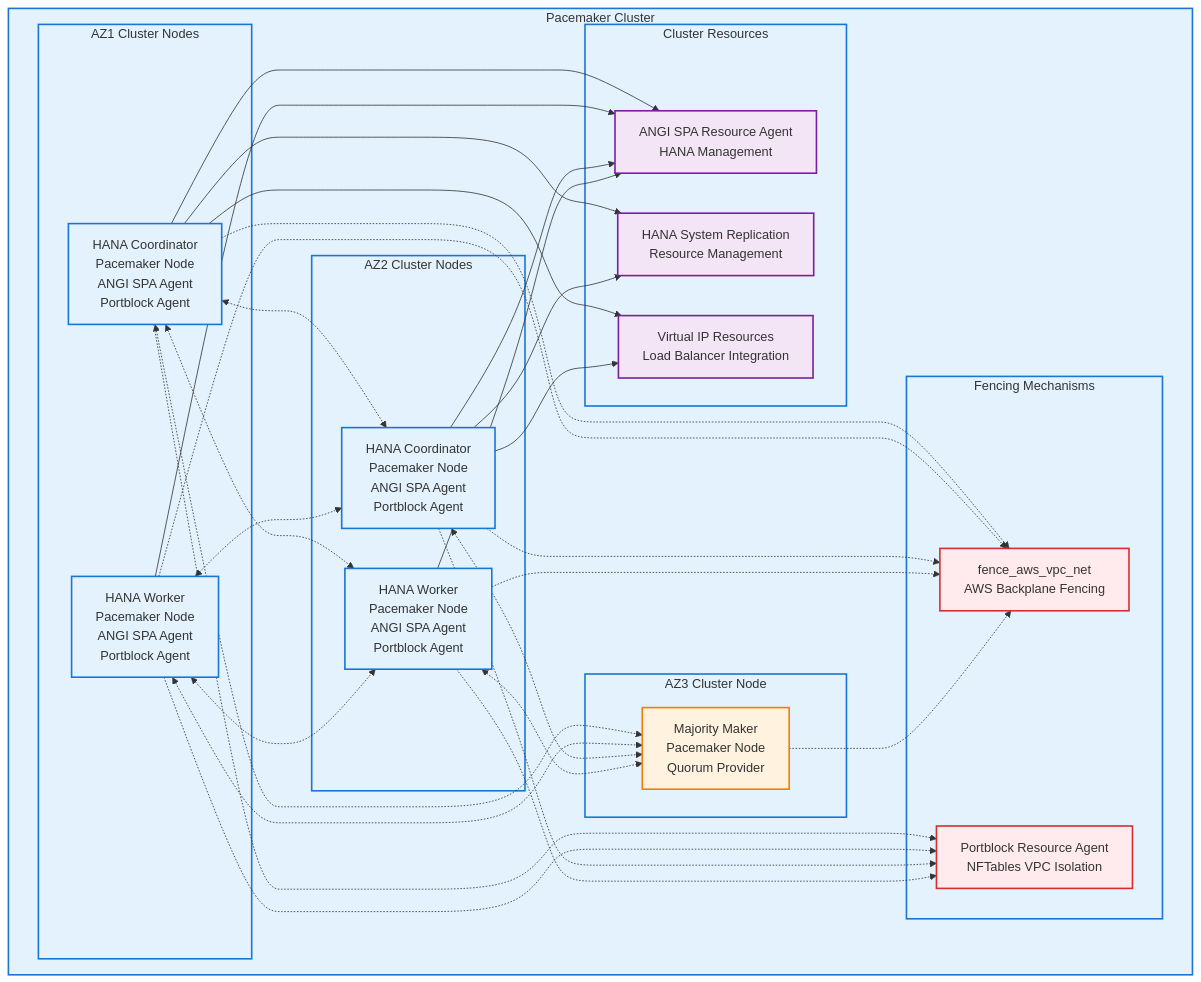
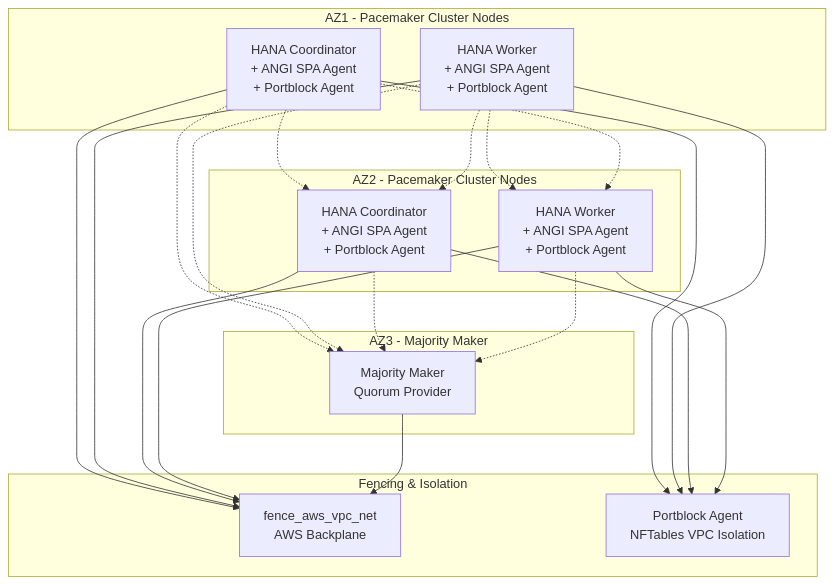
The second of 2 diagrams in README.md (robbybrodie/s4hanascaleout), drawn with Mermaid before and after one commit.

Commit message:
updates to pacemaker cluster diagram

````diff
--- a/README.md
+++ b/README.md
@@ -168,77 +168,46 @@
 ```mermaid
-flowchart TB
-    subgraph CLUSTER["Pacemaker Cluster"]
-        subgraph AZ1_CLUSTER["AZ1 Cluster Nodes"]
-            COORD1_PCM["HANA Coordinator<br/>Pacemaker Node<br/>ANGI SPA Agent<br/>Portblock Agent"]
-            WORKER1_PCM["HANA Worker<br/>Pacemaker Node<br/>ANGI SPA Agent<br/>Portblock Agent"]
-        end
-        
-        subgraph AZ2_CLUSTER["AZ2 Cluster Nodes"]
-            COORD2_PCM["HANA Coordinator<br/>Pacemaker Node<br/>ANGI SPA Agent<br/>Portblock Agent"]
-            WORKER2_PCM["HANA Worker<br/>Pacemaker Node<br/>ANGI SPA Agent<br/>Portblock Agent"]
-        end
-        
-        subgraph AZ3_CLUSTER["AZ3 Cluster Node"]
-            MAJORITY_PCM["Majority Maker<br/>Pacemaker Node<br/>Quorum Provider"]
-        end
-        
-        subgraph FENCING["Fencing Mechanisms"]
-            FENCE_AWS["fence_aws_vpc_net<br/>AWS Backplane Fencing"]
-            PORTBLOCK["Portblock Resource Agent<br/>NFTables VPC Isolation"]
-        end
-        
-        subgraph RESOURCES["Cluster Resources"]
-            ANGI_SPA["ANGI SPA Resource Agent<br/>HANA Management"]
-            HSR["HANA System Replication<br/>Resource Management"]
-            VIP["Virtual IP Resources<br/>Load Balancer Integration"]
-        end
+graph TD
+    subgraph AZ1["AZ1 - Pacemaker Cluster Nodes"]
+        COORD1["HANA Coordinator<br/>+ ANGI SPA Agent<br/>+ Portblock Agent"]
+        WORKER1["HANA Worker<br/>+ ANGI SPA Agent<br/>+ Portblock Agent"]
     end
     
-    %% Cluster communication
-    COORD1_PCM <-.-> COORD2_PCM
-    COORD1_PCM <-.-> WORKER2_PCM
-    WORKER1_PCM <-.-> COORD2_PCM
-    WORKER1_PCM <-.-> WORKER2_PCM
+    subgraph AZ2["AZ2 - Pacemaker Cluster Nodes"]
+        COORD2["HANA Coordinator<br/>+ ANGI SPA Agent<br/>+ Portblock Agent"]
+        WORKER2["HANA Worker<br/>+ ANGI SPA Agent<br/>+ Portblock Agent"]
+    end
     
-    %% Majority maker connections
-    COORD1_PCM <-.-> MAJORITY_PCM
-    WORKER1_PCM <-.-> MAJORITY_PCM
-    COORD2_PCM <-.-> MAJORITY_PCM
-    WORKER2_PCM <-.-> MAJORITY_PCM
+    subgraph AZ3["AZ3 - Majority Maker"]
+        MAJORITY["Majority Maker<br/>Quorum Provider"]
+    end
     
-    %% Fencing relationships
-    COORD1_PCM -.-> FENCE_AWS
-    WORKER1_PCM -.-> FENCE_AWS
-    COORD2_PCM -.-> FENCE_AWS
-    WORKER2_PCM -.-> FENCE_AWS
-    MAJORITY_PCM -.-> FENCE_AWS
+    subgraph FENCE["Fencing & Isolation"]
+        AWS_FENCE["fence_aws_vpc_net<br/>AWS Backplane"]
+        PORTBLOCK["Portblock Agent<br/>NFTables VPC Isolation"]
+    end
+    
+    %% Cluster communication lines
+    COORD1 -.-> COORD2
+    WORKER1 -.-> WORKER2
+    COORD1 -.-> WORKER2
+    WORKER1 -.-> COORD2
+    
+    %% Majority maker quorum
+    COORD1 -.-> MAJORITY
+    WORKER1 -.-> MAJORITY
+    COORD2 -.-> MAJORITY
+    WORKER2 -.-> MAJORITY
+    
+    %% Fencing connections
+    COORD1 --> AWS_FENCE
+    WORKER1 --> AWS_FENCE
+    COORD2 --> AWS_FENCE
+    WORKER2 --> AWS_FENCE
+    MAJORITY --> AWS_FENCE
     
     %% Portblock isolation
-    COORD1_PCM -.-> PORTBLOCK
-    WORKER1_PCM -.-> PORTBLOCK
-    COORD2_PCM -.-> PORTBLOCK
-    WORKER2_PCM -.-> PORTBLOCK
-    
-    %% Resource management
-    COORD1_PCM --> ANGI_SPA
-    WORKER1_PCM --> ANGI_SPA
-    COORD2_PCM --> ANGI_SPA
-    WORKER2_PCM --> ANGI_SPA
-    
-    COORD1_PCM --> HSR
-    COORD2_PCM --> HSR
-    
-    COORD1_PCM --> VIP
-    COORD2_PCM --> VIP
-    
-    %% Styling
-    classDef cluster fill:#e3f2fd,stroke:#1976d2,stroke-width:2px
-    classDef fencing fill:#ffebee,stroke:#d32f2f,stroke-width:2px
-    classDef resource fill:#f3e5f5,stroke:#7b1fa2,stroke-width:2px
-    classDef majority fill:#fff3e0,stroke:#f57c00,stroke-width:2px
-    
-    class COORD1_PCM,WORKER1_PCM,COORD2_PCM,WORKER2_PCM cluster
-    class MAJORITY_PCM majority
-    class FENCE_AWS,PORTBLOCK fencing
-    class ANGI_SPA,HSR,VIP resource
+    COORD1 --> PORTBLOCK
+    WORKER1 --> PORTBLOCK
+    COORD2 --> PORTBLOCK
+    WORKER2 --> PORTBLOCK
 ```
````
